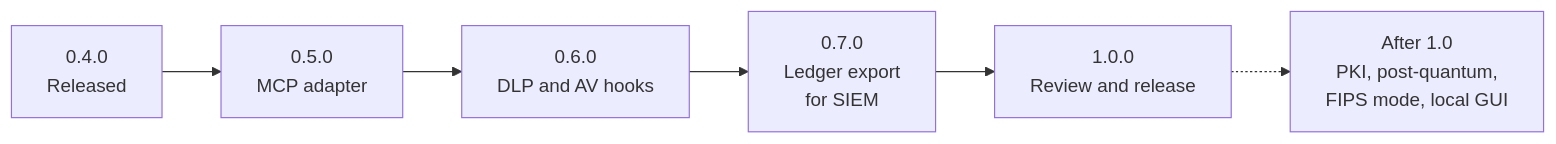
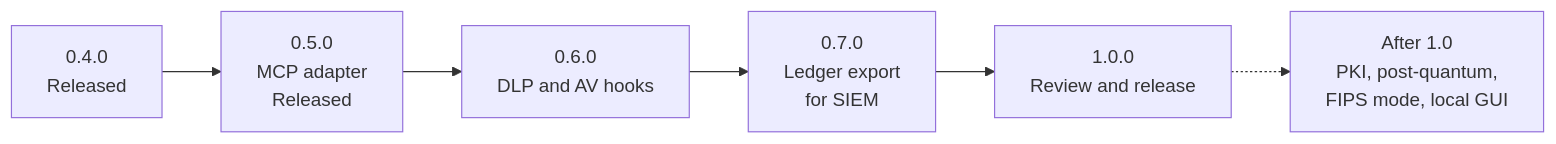
The fourth of 4 diagrams in README.md (Insomniac-VibeLabs/two-key), drawn with Mermaid before and after one commit. The commit also changed other lines of this file and 14 other files, not shown here.

````diff
--- a/README.md
+++ b/README.md
@@ -534,8 +534,8 @@
 ```mermaid
 flowchart LR
-  r04["0.4.0<br/>Released"] --> r05["0.5.0<br/>MCP adapter"]
+  r04["0.4.0<br/>Released"] --> r05["0.5.0<br/>MCP adapter<br/>Released"]
   r05 --> r06["0.6.0<br/>DLP and AV hooks"]
   r06 --> r07["0.7.0<br/>Ledger export<br/>for SIEM"]
   r07 --> r10["1.0.0<br/>Review and release"]
   r10 -.-> after["After 1.0<br/>PKI, post-quantum,<br/>FIPS mode, local GUI"]
 ```
````
